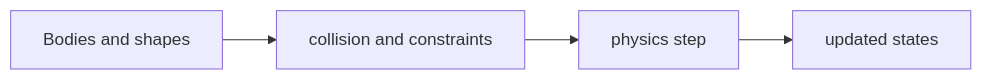
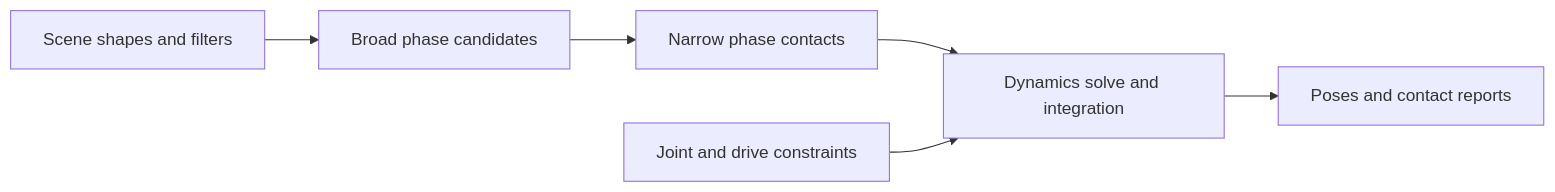
The diagram in docs/en/nvidia-physx.md (james-joobs/awesome-nvidia-physical-ai), drawn with Mermaid before and after one commit. The commit also changed other lines of this file and 187 other files, not shown here.

Commit message:
Expand bilingual guides with official architecture references

````diff
--- a/docs/en/nvidia-physx.md
+++ b/docs/en/nvidia-physx.md
@@ -15,4 +18,14 @@
 ```mermaid
 flowchart LR
-    A["Bodies and shapes"] --> B["collision and constraints"] --> C["physics step"] --> D["updated states"]
+    s["Scene shapes and filters"]
+    pairs["Broad phase candidates"]
+    contacts["Narrow phase contacts"]
+    j["Joint and drive constraints"]
+    step["Dynamics solve and integration"]
+    report["Poses and contact reports"]
+    s --> pairs
+    pairs --> contacts
+    contacts --> step
+    j --> step
+    step --> report
 ```
````
